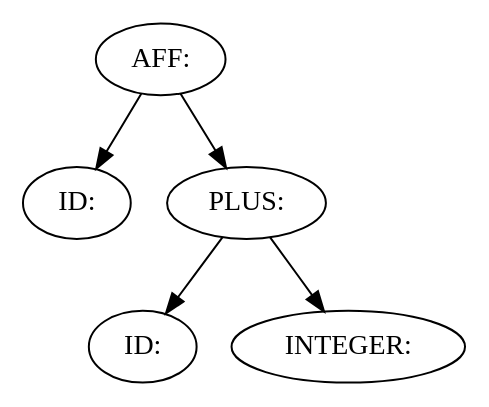
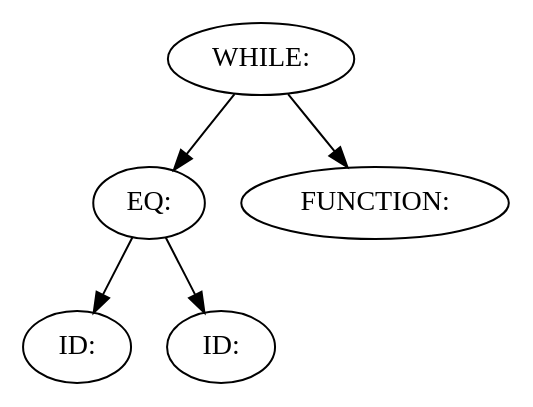
Before and after one commit to malialili/Projet-Compilation: the diagram in data/syntAbstr.dot, drawn with Graphviz. The commit also changed 45 other files, not shown here.

```diff
--- a/data/syntAbstr.dot
+++ b/data/syntAbstr.dot
@@ -1,10 +1,10 @@
-digraph ArbreSyntAbstr {4 [label="AFF:"];
-0 [label="ID:"];
-4 -> 0 [label=""];
-3 [label="PLUS:"];
-1 [label="ID:"];
-3 -> 1 [label=""];
-2 [label="INTEGER:"];
-3 -> 2 [label=""];
-4 -> 3 [label=""];
+digraph ArbreSyntAbstr {20 [label="WHILE:"];
+18 [label="EQ:"];
+16 [label="ID:"];
+18 -> 16 [label=""];
+17 [label="ID:"];
+18 -> 17 [label=""];
+20 -> 18 [label=""];
+19 [label="FUNCTION:"];
+20 -> 19 [label=""];
 }
```
